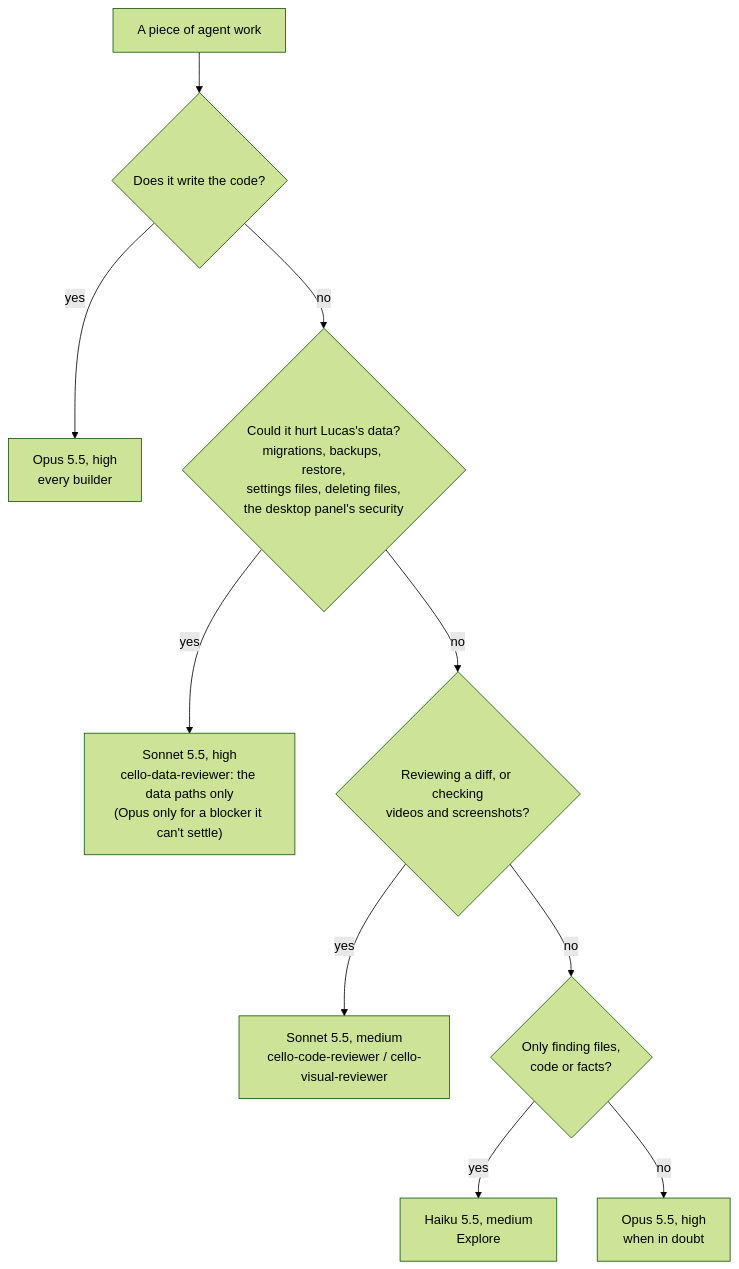
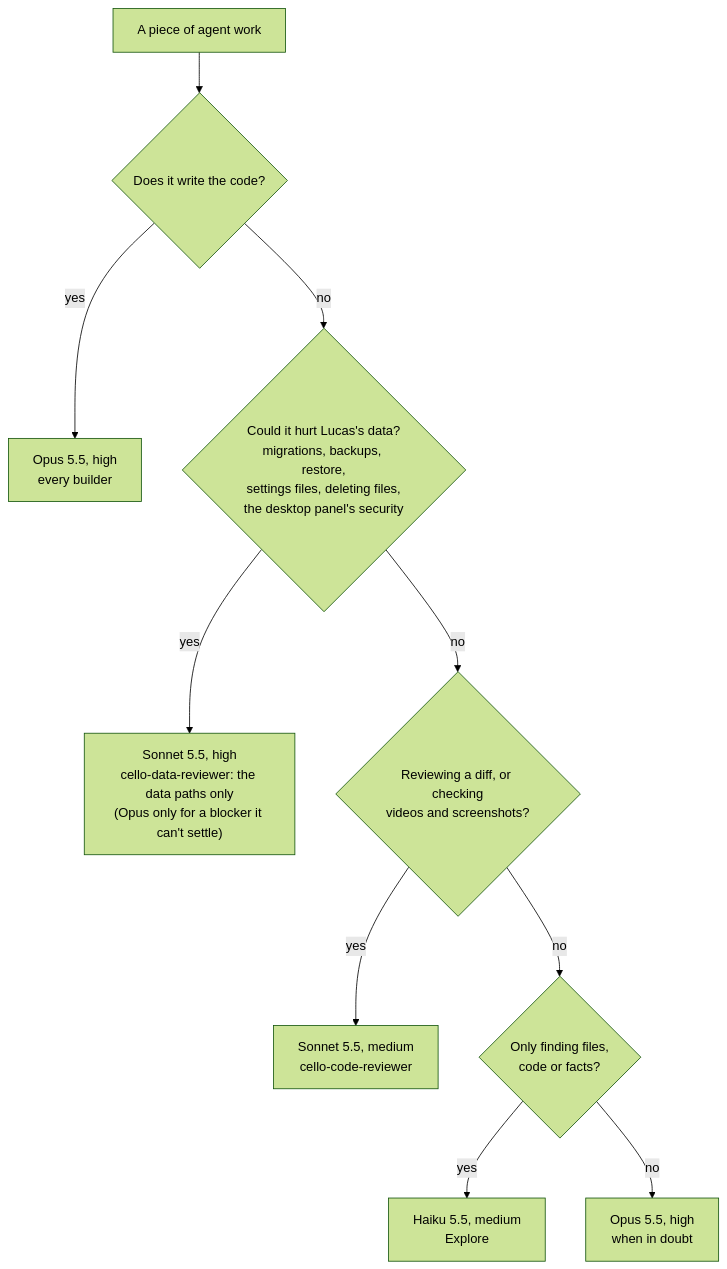
The diagram in docs/models.md (lnmunhoz/cello), drawn with Mermaid (forest theme) before and after one commit. The commit also changed other lines of this file and 6 other files, not shown here.

Commit message:
docs(agents): the code reviewer checks the evidence itself; drop the separate visual reviewer (CEL-157)

````diff
--- a/docs/models.md
+++ b/docs/models.md
@@ -30,12 +31,12 @@
 ```mermaid
 flowchart TD
     A["A piece of agent work"] --> B{"Does it write the code?"}
     B -->|yes| O1["Opus 5.5, high<br/>every builder"]
     B -->|no| C{"Could it hurt Lucas's data?<br/>migrations, backups, restore,<br/>settings files, deleting files,<br/>the desktop panel's security"}
     C -->|yes| O2["Sonnet 5.5, high<br/>cello-data-reviewer: the data paths only<br/>(Opus only for a blocker it can't settle)"]
     C -->|no| D{"Reviewing a diff, or checking<br/>videos and screenshots?"}
-    D -->|yes| S["Sonnet 5.5, medium<br/>cello-code-reviewer / cello-visual-reviewer"]
+    D -->|yes| S["Sonnet 5.5, medium<br/>cello-code-reviewer"]
     D -->|no| E{"Only finding files,<br/>code or facts?"}
     E -->|yes| H["Haiku 5.5, medium<br/>Explore"]
     E -->|no| O3["Opus 5.5, high<br/>when in doubt"]
 ```
````
